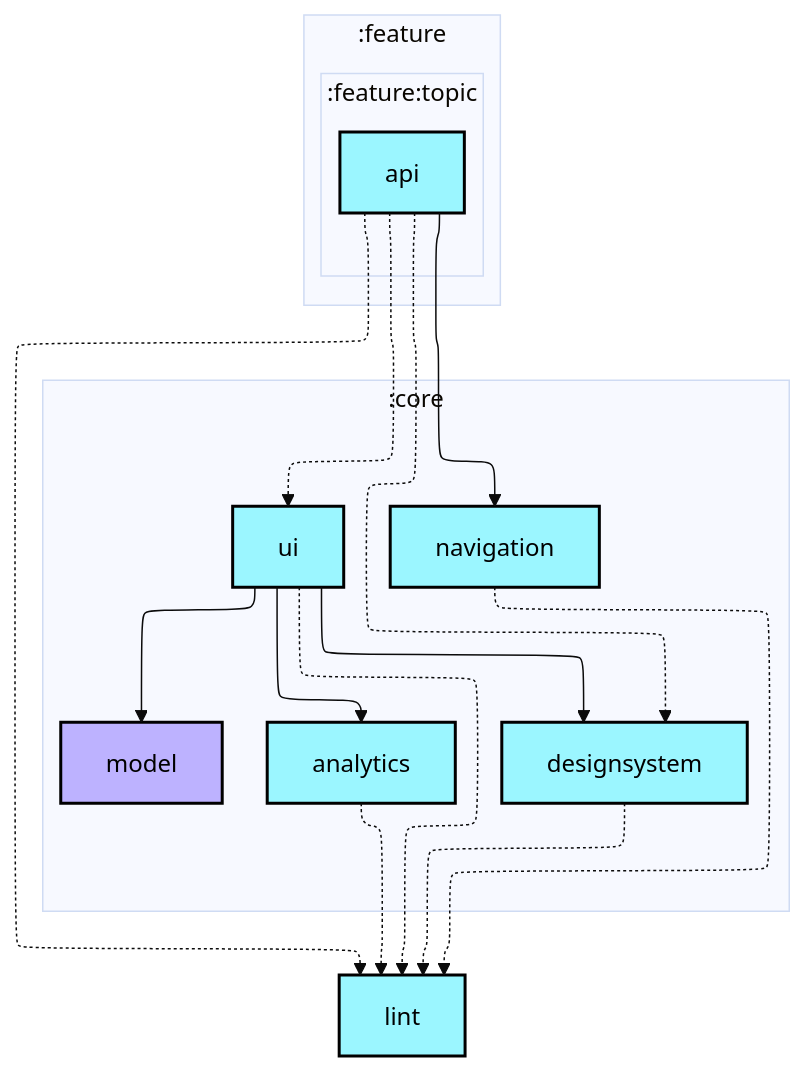
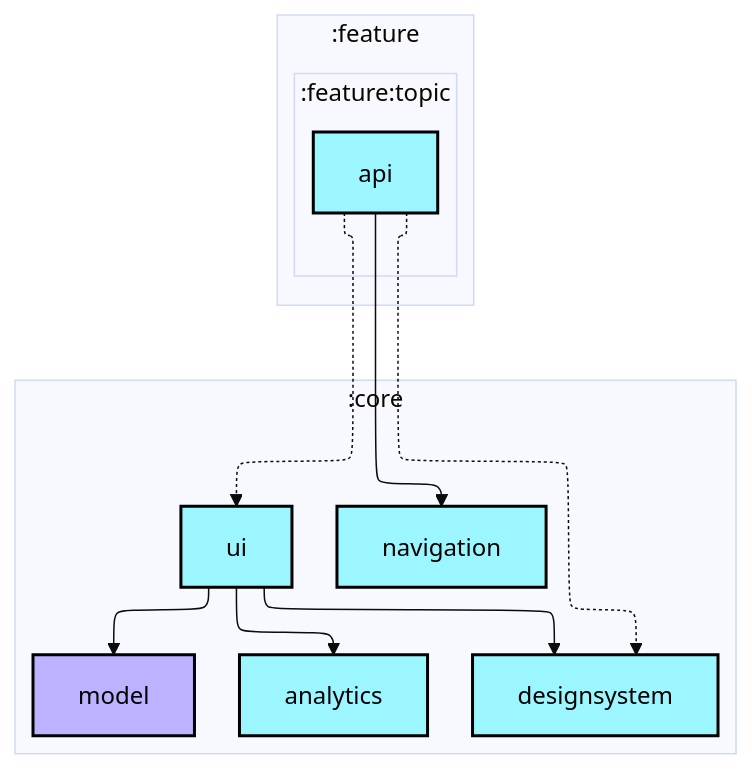
One commit to android/nowinandroid changed the first of 2 diagrams in feature/topic/api/README.md. Above: the diagram before and after it, drawn with Mermaid (base theme). The commit also changed 30 other files, not shown here.

````diff
--- a/feature/topic/api/README.md
+++ b/feature/topic/api/README.md
@@ -6,44 +6,38 @@
 ```mermaid
 ---
 config:
   layout: elk
   elk:
     nodePlacementStrategy: SIMPLE
 ---
 graph TB
   subgraph :feature
     direction TB
     subgraph :feature:topic
       direction TB
       :feature:topic:api[api]:::android-library
     end
   end
   subgraph :core
     direction TB
     :core:analytics[analytics]:::android-library
     :core:designsystem[designsystem]:::android-library
     :core:model[model]:::jvm-library
     :core:navigation[navigation]:::android-library
     :core:ui[ui]:::android-library
   end
-  :lint[lint]:::android-library
 
-  :core:analytics -.-> :lint
-  :core:designsystem -.-> :lint
-  :core:navigation -.-> :lint
   :core:ui --> :core:analytics
   :core:ui --> :core:designsystem
   :core:ui --> :core:model
-  :core:ui -.-> :lint
   :feature:topic:api -.-> :core:designsystem
   :feature:topic:api --> :core:navigation
   :feature:topic:api -.-> :core:ui
-  :feature:topic:api -.-> :lint
 
 classDef android-application fill:#CAFFBF,stroke:#000,stroke-width:2px,color:#000;
 classDef android-feature fill:#FFD6A5,stroke:#000,stroke-width:2px,color:#000;
 classDef android-library fill:#9BF6FF,stroke:#000,stroke-width:2px,color:#000;
 classDef android-test fill:#A0C4FF,stroke:#000,stroke-width:2px,color:#000;
 classDef jvm-library fill:#BDB2FF,stroke:#000,stroke-width:2px,color:#000;
 classDef unknown fill:#FFADAD,stroke:#000,stroke-width:2px,color:#000;
 ```
````
